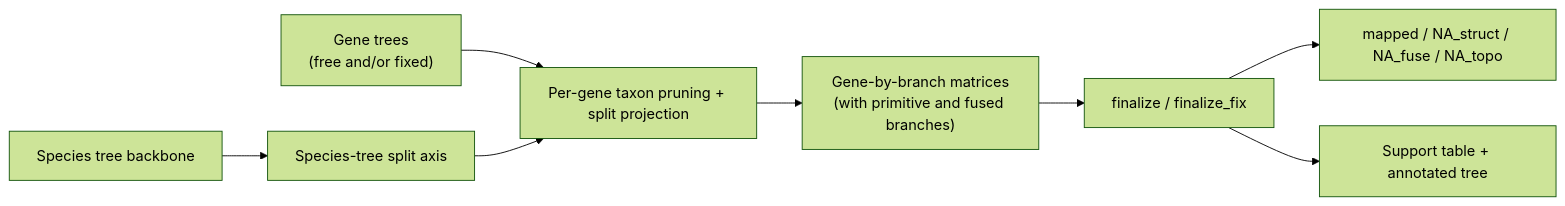
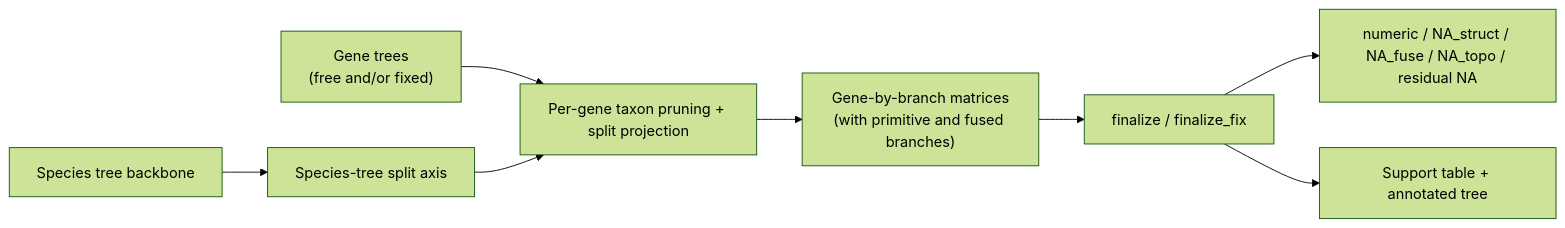
The diagram in README.md (wujiaqi06/SplitAligner), drawn with Mermaid (forest theme) before and after one commit. The commit also changed other lines of this file and 328 other files, not shown here.

````diff
--- a/README.md
+++ b/README.md
@@ -124,10 +135,10 @@
 ```mermaid
 flowchart LR
     A["Species tree backbone"] --> B["Species-tree split axis"]
     C["Gene trees<br/>(free and/or fixed)"] --> D["Per-gene taxon pruning + split projection"]
     B --> D
     D --> E["Gene-by-branch matrices<br/>(with primitive and fused branches)"]
     E --> F["finalize / finalize_fix"]
-    F --> G["mapped / NA_struct / NA_fuse / NA_topo"]
+    F --> G["numeric / NA_struct / NA_fuse / NA_topo / residual NA"]
     F --> H["Support table + annotated tree"]
 ```
````
